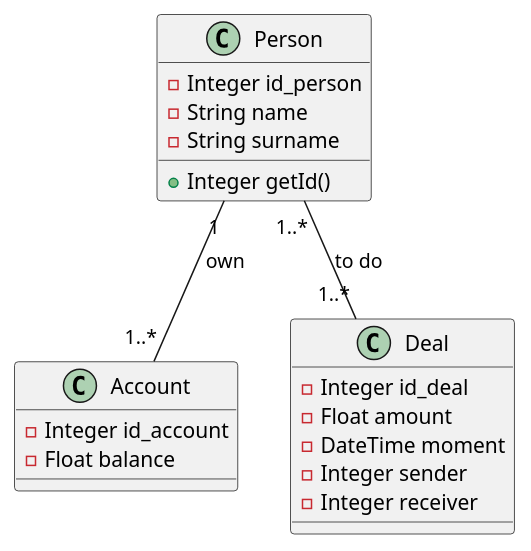
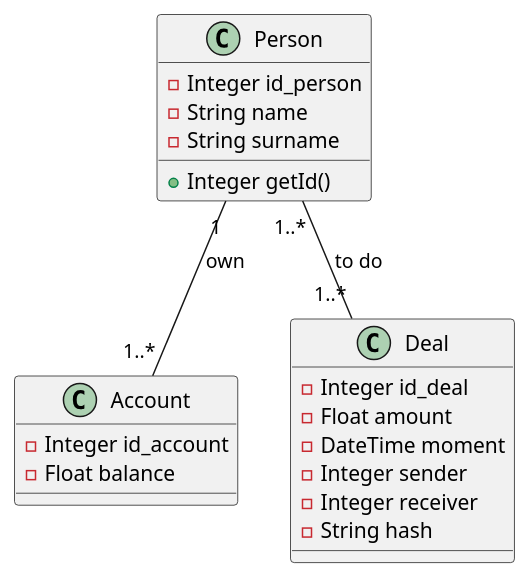
One commit to bruaba/TCHAI-CHEIKH-MARONE-ELIO-KHATER changed the diagram in UML/diagram.puml. Above: the diagram before and after it, drawn with PlantUML. The commit also changed 4 other files, not shown here.

```diff
--- a/UML/diagram.puml
+++ b/UML/diagram.puml
@@ -2,30 +2,31 @@
 @startuml
 
 
 
 class Person {
 	- Integer id_person
 	- String name
 	- String surname
 
 	+ Integer getId()
 }
 
 class Account {
 	- Integer id_account
 	- Float balance
 }
 
 class Deal {
 
 	- Integer id_deal
 	- Float amount
 	- DateTime moment
 	- Integer sender
 	- Integer receiver
+	- String hash
 }
 
 Person "1..*" -- "1..*" Deal : to do
 Person "1" -- "1..*" Account : own
 
 @enduml
```
